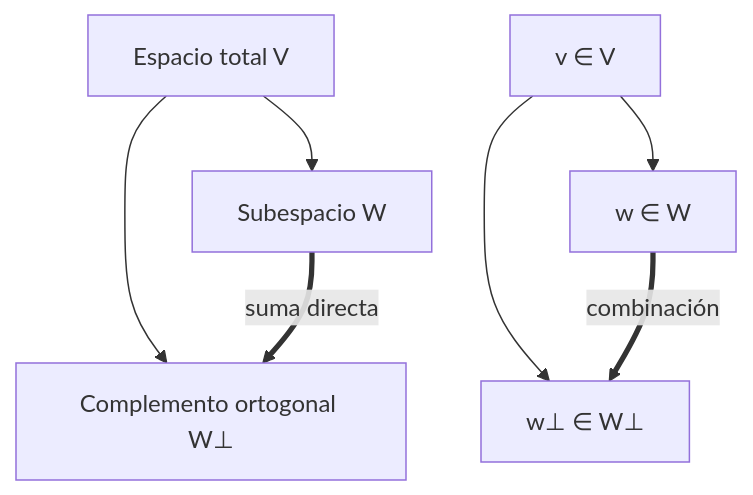
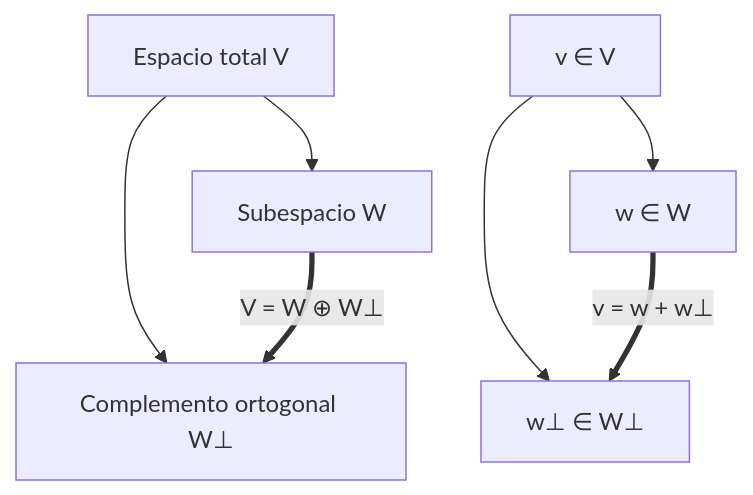
Before and after one commit to djaimej/computer-science-template: the diagram in public/documents/semester-3/1/3156.md, drawn with Mermaid. The commit also changed other lines of this file and 34 other files, not shown here.

````diff
--- a/public/documents/semester-3/1/3156.md
+++ b/public/documents/semester-3/1/3156.md
@@ -126,10 +141,10 @@
 ```mermaid
 graph TD
     A[Espacio total V] --> B[Subespacio W]
     A --> C[Complemento ortogonal W⊥]
     D[v ∈ V] --> E[w ∈ W]
     D --> F[w⊥ ∈ W⊥]
 
-    B == suma directa ==> C
-    E == combinación ==> F
+    B == "V = W ⊕ W⊥" ==> C
+    E == "v = w + w⊥" ==> F
 ```
````
